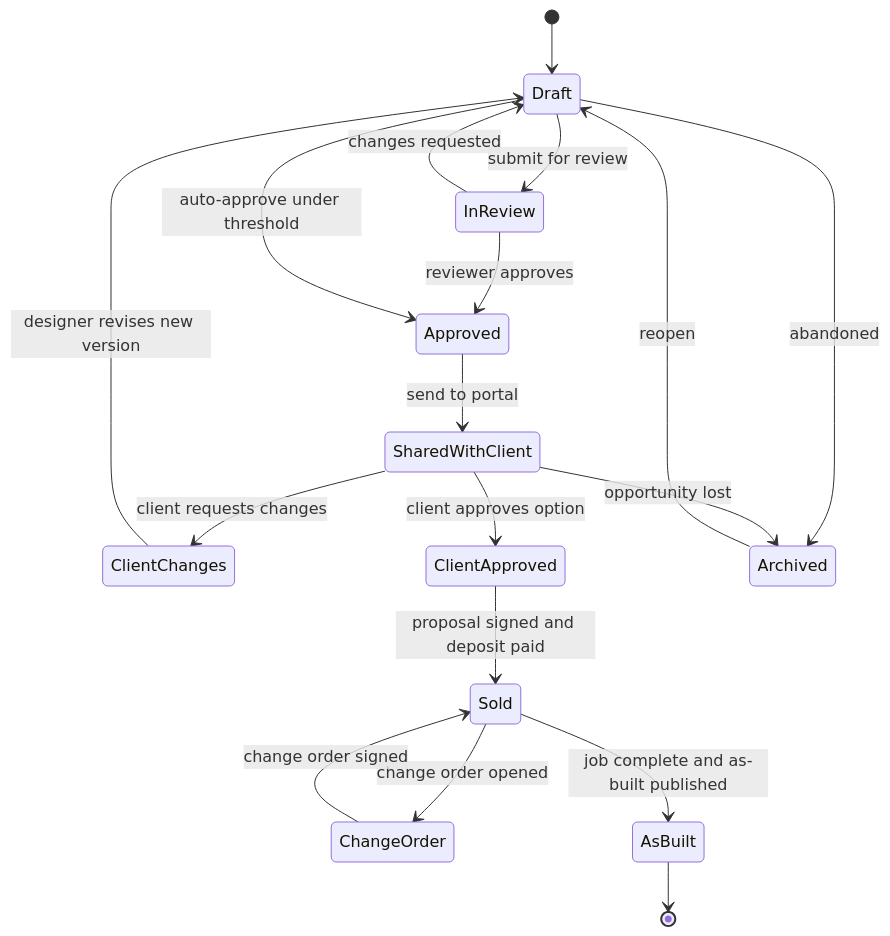
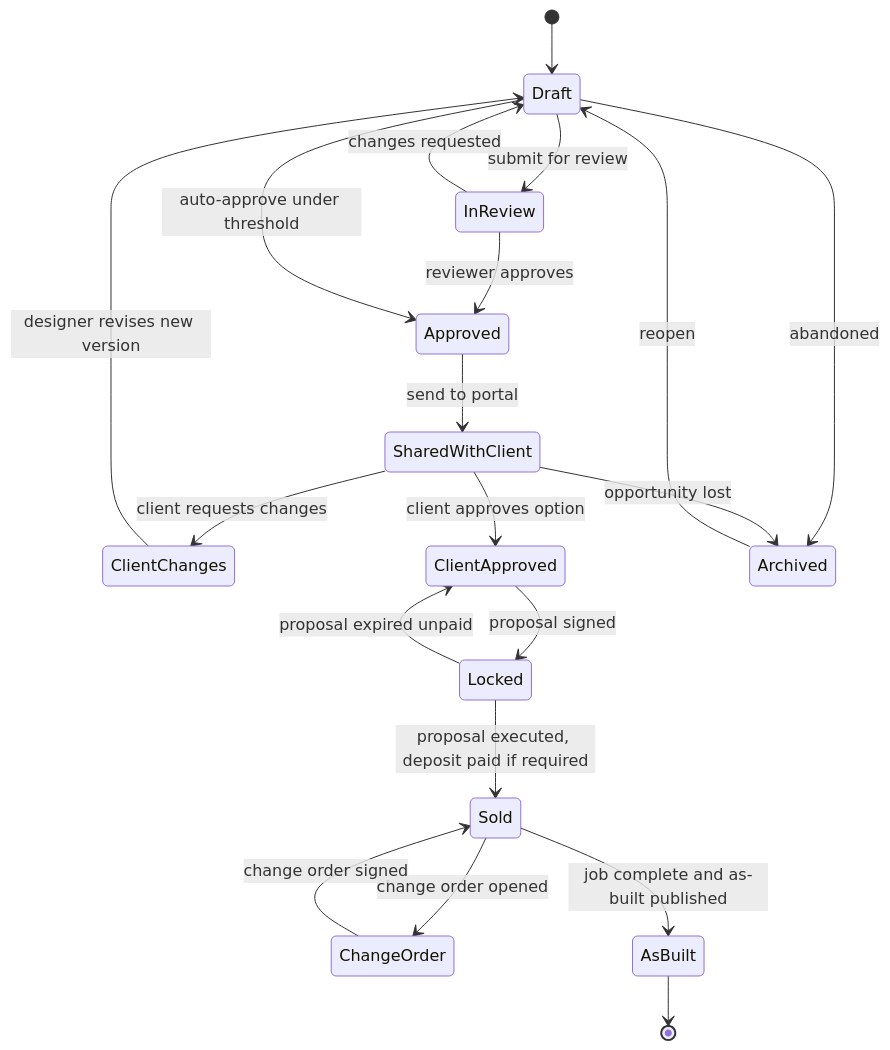
The third of 7 diagrams in docs/10-design-studio.md (jdinard/landscape), drawn with Mermaid before and after one commit. The commit also changed other lines of this file and 14 other files, not shown here.

````diff
--- a/docs/10-design-studio.md
+++ b/docs/10-design-studio.md
@@ -682,20 +708,22 @@
 ```mermaid
 stateDiagram-v2
     [*] --> Draft
     Draft --> InReview : submit for review
     InReview --> Draft : changes requested
     InReview --> Approved : reviewer approves
     Draft --> Approved : auto-approve under threshold
     Approved --> SharedWithClient : send to portal
     SharedWithClient --> ClientChanges : client requests changes
     ClientChanges --> Draft : designer revises new version
     SharedWithClient --> ClientApproved : client approves option
-    ClientApproved --> Sold : proposal signed and deposit paid
+    ClientApproved --> Locked : proposal signed
+    Locked --> Sold : proposal executed, deposit paid if required
+    Locked --> ClientApproved : proposal expired unpaid
     Sold --> ChangeOrder : change order opened
     ChangeOrder --> Sold : change order signed
     Sold --> AsBuilt : job complete and as-built published
     AsBuilt --> [*]
     Draft --> Archived : abandoned
     SharedWithClient --> Archived : opportunity lost
     Archived --> Draft : reopen
 ```
````
